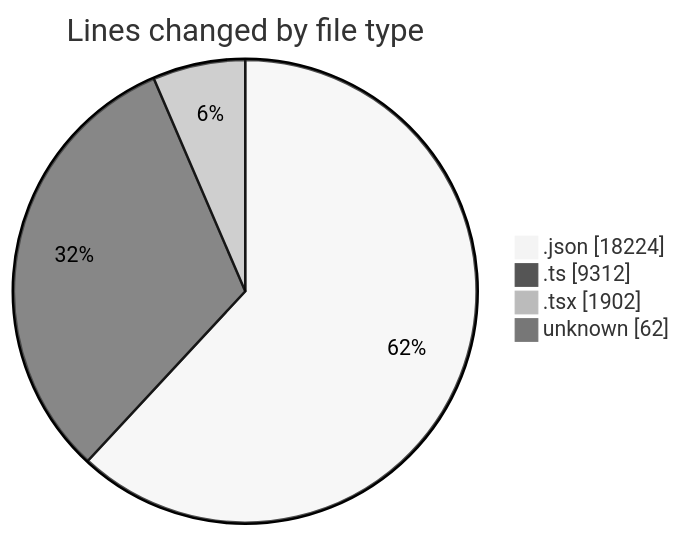
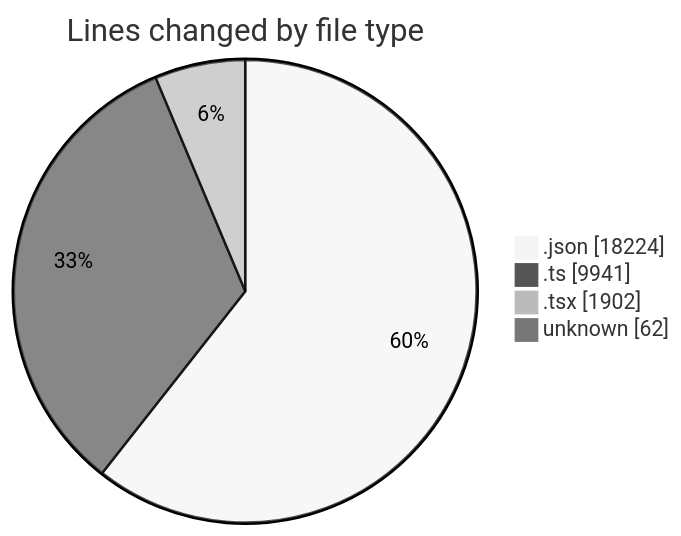
One commit to CELIANVF/code-tracking changed the first of 2 diagrams in 2025-05-09/ecodeli/README.md. Above: the diagram before and after it, drawn with Mermaid (neutral theme). The commit also changed other lines of this file and 1 other file, not shown here.

````diff
--- a/2025-05-09/ecodeli/README.md
+++ b/2025-05-09/ecodeli/README.md
@@ -35,8 +36,8 @@
 ```mermaid
 pie showData
 title Lines changed by file type
 ".json" : 18224
-".ts" : 9312
+".ts" : 9941
 ".tsx" : 1902
 "unknown" : 62
 ```
````
